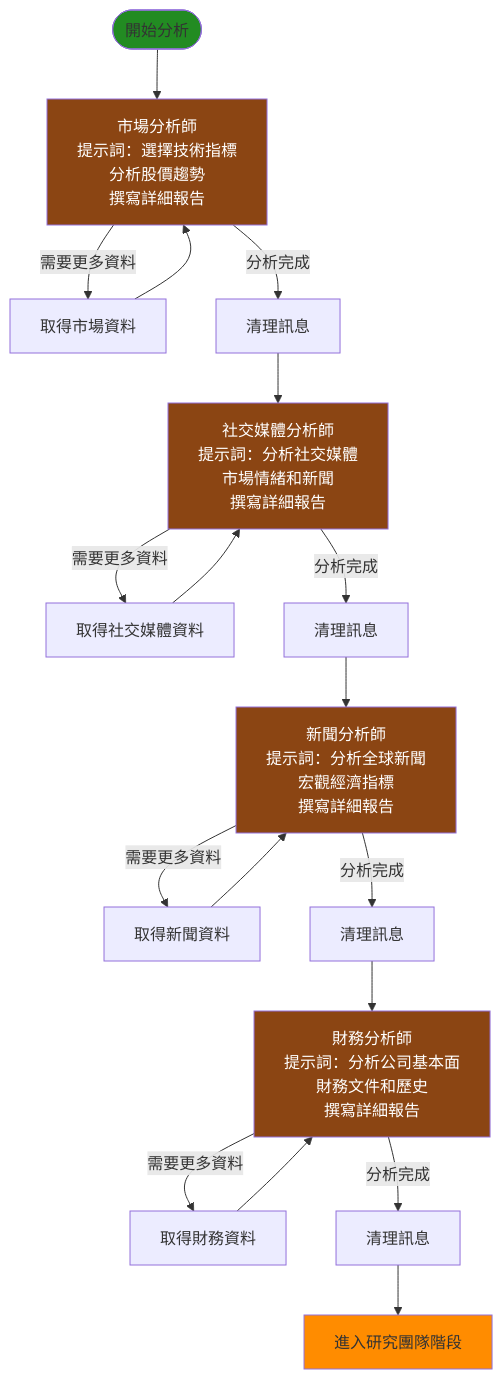
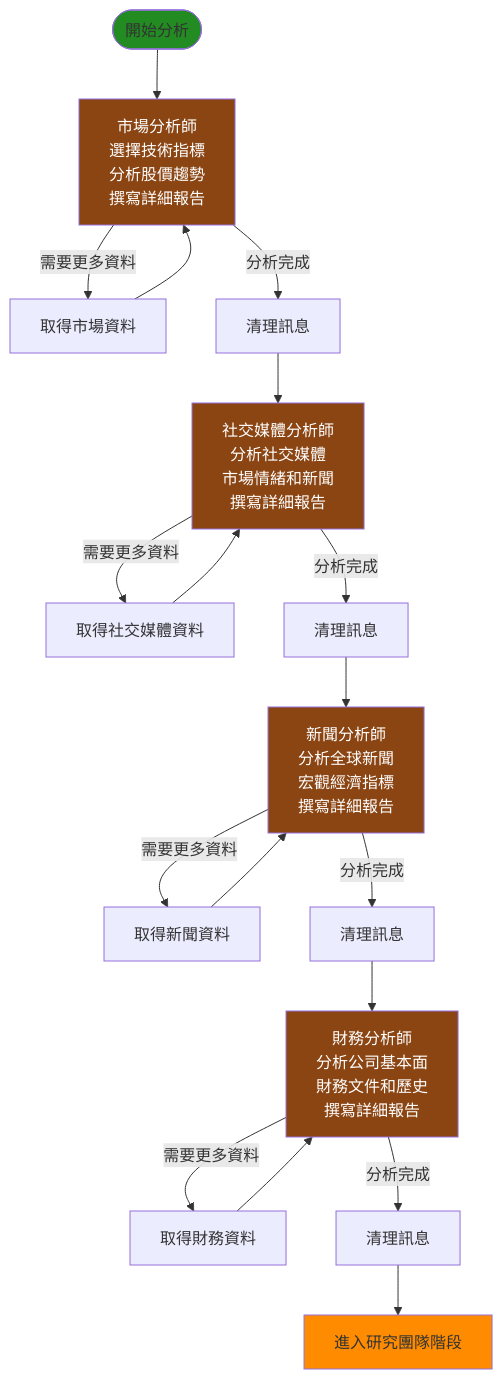
Before and after one commit to chitienshih-wq/Git_Test: the third of 9 diagrams in 流程圖_簡化.md, drawn with Mermaid. The commit also changed other lines of this file, not shown here.

````diff
--- a/流程圖_簡化.md
+++ b/流程圖_簡化.md
@@ -66,35 +66,35 @@
 ```mermaid
 flowchart TD
-    Start([開始分析]) --> MarketAnalyst[市場分析師<br/>提示詞：選擇技術指標<br/>分析股價趨勢<br/>撰寫詳細報告]
+    Start([開始分析]) --> MarketAnalyst[市場分析師<br/>選擇技術指標<br/>分析股價趨勢<br/>撰寫詳細報告]
     
     MarketAnalyst -->|需要更多資料| GetMarketData[取得市場資料]
     MarketAnalyst -->|分析完成| ClearMarket[清理訊息]
     GetMarketData --> MarketAnalyst
     
-    ClearMarket --> SocialAnalyst[社交媒體分析師<br/>提示詞：分析社交媒體<br/>市場情緒和新聞<br/>撰寫詳細報告]
+    ClearMarket --> SocialAnalyst[社交媒體分析師<br/>分析社交媒體<br/>市場情緒和新聞<br/>撰寫詳細報告]
     
     SocialAnalyst -->|需要更多資料| GetSocialData[取得社交媒體資料]
     SocialAnalyst -->|分析完成| ClearSocial[清理訊息]
     GetSocialData --> SocialAnalyst
     
-    ClearSocial --> NewsAnalyst[新聞分析師<br/>提示詞：分析全球新聞<br/>宏觀經濟指標<br/>撰寫詳細報告]
+    ClearSocial --> NewsAnalyst[新聞分析師<br/>分析全球新聞<br/>宏觀經濟指標<br/>撰寫詳細報告]
     
     NewsAnalyst -->|需要更多資料| GetNewsData[取得新聞資料]
     NewsAnalyst -->|分析完成| ClearNews[清理訊息]
     GetNewsData --> NewsAnalyst
     
-    ClearNews --> FundAnalyst[財務分析師<br/>提示詞：分析公司基本面<br/>財務文件和歷史<br/>撰寫詳細報告]
+    ClearNews --> FundAnalyst[財務分析師<br/>分析公司基本面<br/>財務文件和歷史<br/>撰寫詳細報告]
     
     FundAnalyst -->|需要更多資料| GetFundData[取得財務資料]
     FundAnalyst -->|分析完成| ClearFund[清理訊息]
     GetFundData --> FundAnalyst
     
     ClearFund --> ResearchTeam[進入研究團隊階段]
     
     style Start fill:#228B22
     style ResearchTeam fill:#FF8C00
     style MarketAnalyst fill:#8B4513,color:#FFFFFF
     style SocialAnalyst fill:#8B4513,color:#FFFFFF
     style NewsAnalyst fill:#8B4513,color:#FFFFFF
     style FundAnalyst fill:#8B4513,color:#FFFFFF
 ```
````
